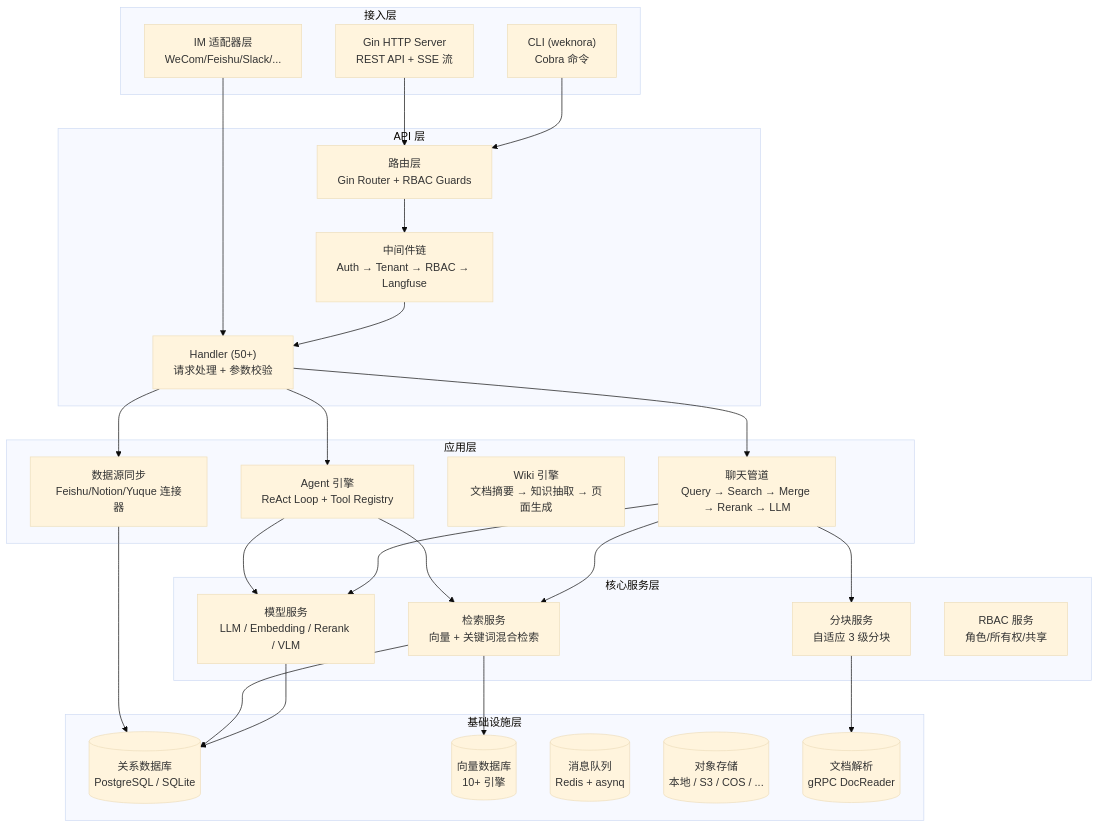
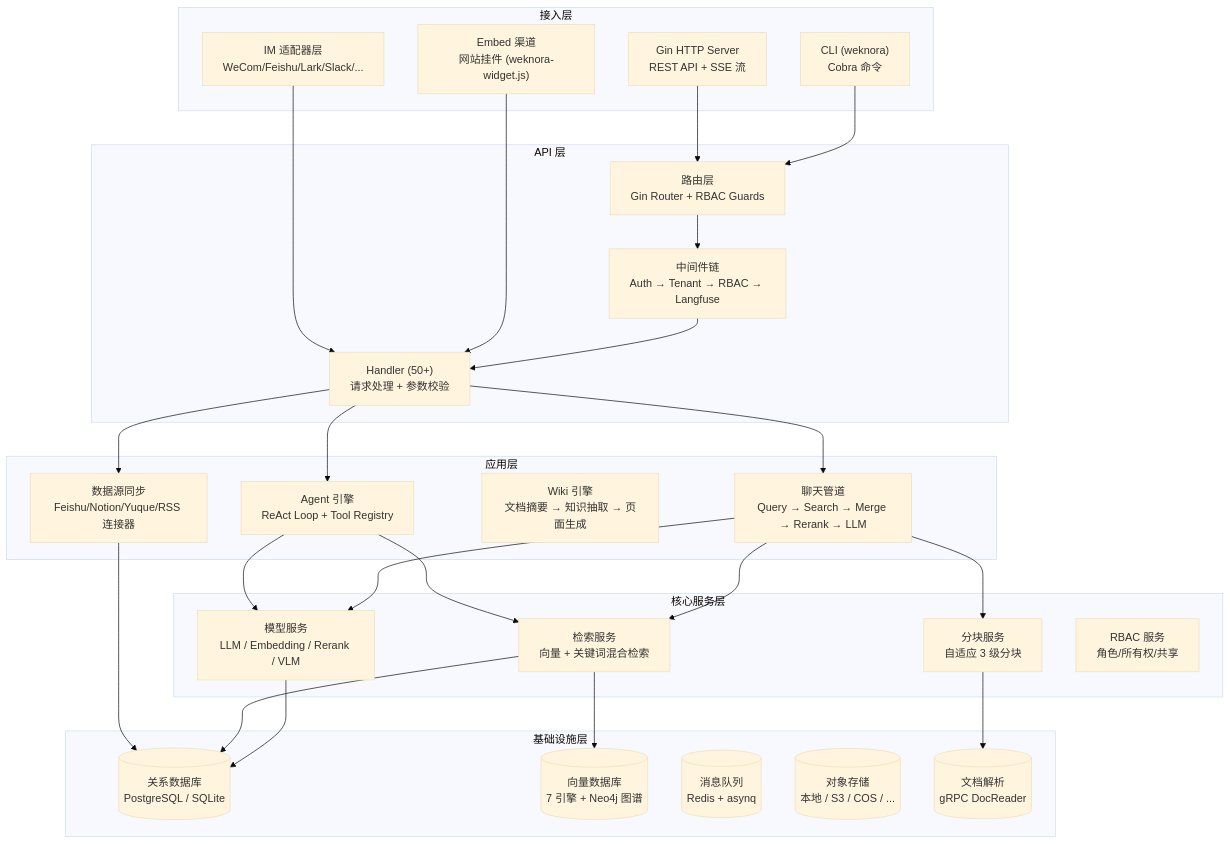
The first of 3 diagrams in rag/weknora/README.md (morehao/oss-insights), drawn with Mermaid (base theme) before and after one commit. The commit also changed other lines of this file and 9 other files, not shown here.

Commit message:
docs: add openworker architecture docs and refine weknora readme

````diff
--- a/rag/weknora/README.md
+++ b/rag/weknora/README.md
@@ -69,55 +70,57 @@
 ```mermaid
 graph TB
     subgraph "接入层"
         HTTP["Gin HTTP Server<br/>REST API + SSE 流"]
-        IM["IM 适配器层<br/>WeCom/Feishu/Slack/..."]
+        IM["IM 适配器层<br/>WeCom/Feishu/Lark/Slack/..."]
+        Embed["Embed 渠道<br/>网站挂件 (weknora-widget.js)"]
         CLI["CLI (weknora)<br/>Cobra 命令"]
     end
 
     subgraph "API 层"
         Router["路由层<br/>Gin Router + RBAC Guards"]
         Middleware["中间件链<br/>Auth → Tenant → RBAC → Langfuse"]
         Handler["Handler (50+)<br/>请求处理 + 参数校验"]
     end
 
     subgraph "应用层"
         Agent["Agent 引擎<br/>ReAct Loop + Tool Registry"]
         Pipeline["聊天管道<br/>Query → Search → Merge → Rerank → LLM"]
         Wiki["Wiki 引擎<br/>文档摘要 → 知识抽取 → 页面生成"]
-        DataSource["数据源同步<br/>Feishu/Notion/Yuque 连接器"]
+        DataSource["数据源同步<br/>Feishu/Notion/Yuque/RSS 连接器"]
     end
 
     subgraph "核心服务层"
         LLM["模型服务<br/>LLM / Embedding / Rerank / VLM"]
         Search["检索服务<br/>向量 + 关键词混合检索"]
         Chunker["分块服务<br/>自适应 3 级分块"]
         RBAC["RBAC 服务<br/>角色/所有权/共享"]
     end
 
     subgraph "基础设施层"
         DB[("关系数据库<br/>PostgreSQL / SQLite")]
-        VDB[("向量数据库<br/>10+ 引擎")]
+        VDB[("向量数据库<br/>7 引擎 + Neo4j 图谱")]
         MQ[("消息队列<br/>Redis + asynq")]
         Storage[("对象存储<br/>本地 / S3 / COS / ...")]
         DocReader[("文档解析<br/>gRPC DocReader")]
     end
 
     HTTP --> Router
     IM --> Handler
+    Embed --> Handler
     CLI --> Router
     Router --> Middleware
     Middleware --> Handler
     Handler --> Agent
     Handler --> Pipeline
     Handler --> DataSource
     Agent --> LLM
     Agent --> Search
     Pipeline --> Chunker
     Pipeline --> Search
     Pipeline --> LLM
     DataSource --> DB
     Search --> VDB
     Search --> DB
     Chunker --> DocReader
     LLM --> DB
 ```
````
